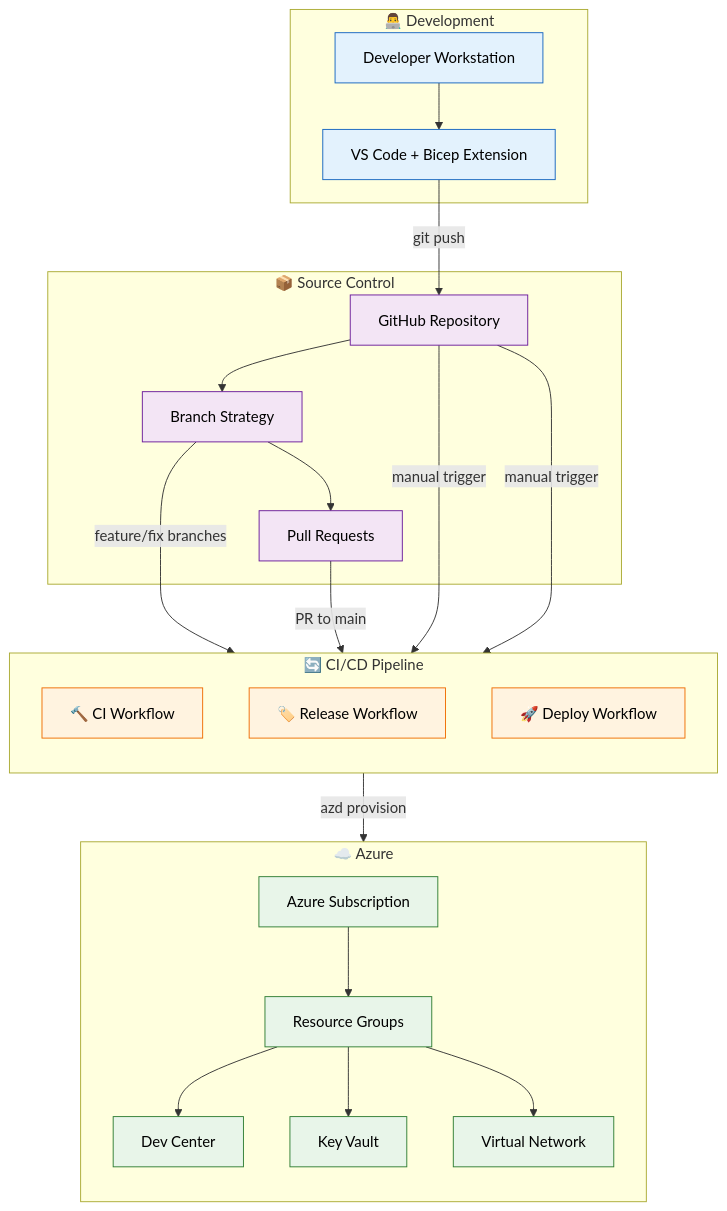
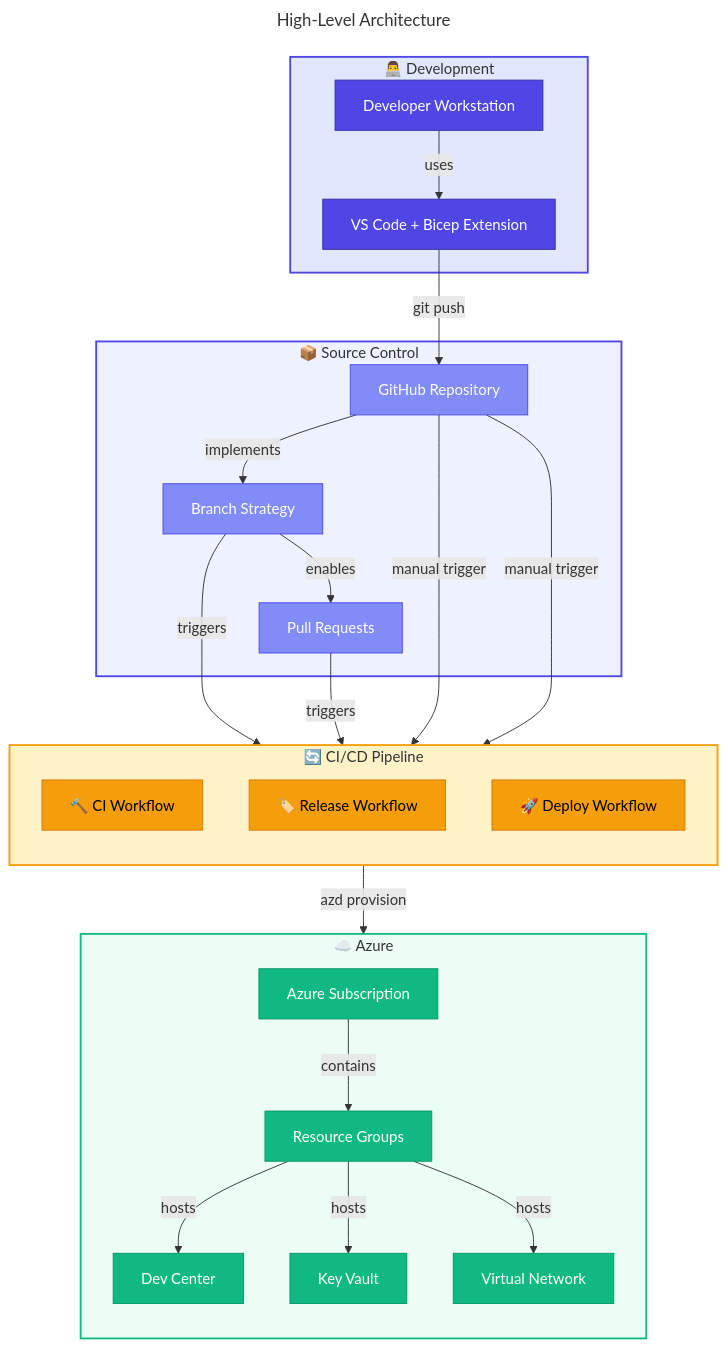
One commit to Evilazaro/DevExp-DevBox changed the first of 7 diagrams in docs/architecture/07-deployment-architecture.md. Above: the diagram before and after it, drawn with Mermaid. The commit also changed other lines of this file, not shown here.

Commit message:
Enhance high-level architecture diagrams in deployment documentation for improved clarity and detail, including refined connections and node styles.

````diff
--- a/docs/architecture/07-deployment-architecture.md
+++ b/docs/architecture/07-deployment-architecture.md
@@ -68,51 +68,68 @@
 ```mermaid
+---
+title: High-Level Architecture
+---
 flowchart TB
-    subgraph "👨‍💻 Development"
+    %% ===== DEVELOPMENT =====
+    subgraph Development["👨‍💻 Development"]
         DEV1["Developer Workstation"]
         DEV2["VS Code + Bicep Extension"]
-        DEV1 --> DEV2
+        DEV1 -->|uses| DEV2
     end
 
-    subgraph "📦 Source Control"
+    %% ===== SOURCE CONTROL =====
+    subgraph SourceControl["📦 Source Control"]
         GH1["GitHub Repository"]
         GH2["Branch Strategy"]
         GH3["Pull Requests"]
-        GH1 --> GH2
-        GH2 --> GH3
+        GH1 -->|implements| GH2
+        GH2 -->|enables| GH3
     end
 
-    subgraph "🔄 CI/CD Pipeline"
+    %% ===== CI/CD PIPELINE =====
+    subgraph CICD["🔄 CI/CD Pipeline"]
         direction TB
         CI["🔨 CI Workflow"]
         RELEASE["🏷️ Release Workflow"]
         DEPLOY["🚀 Deploy Workflow"]
     end
 
-    subgraph "☁️ Azure"
+    %% ===== AZURE =====
+    subgraph Azure["☁️ Azure"]
         direction TB
         SUB["Azure Subscription"]
         RG["Resource Groups"]
         DC["Dev Center"]
         KV["Key Vault"]
         VNET["Virtual Network"]
-        SUB --> RG
-        RG --> DC & KV & VNET
+        SUB -->|contains| RG
+        RG -->|hosts| DC
+        RG -->|hosts| KV
+        RG -->|hosts| VNET
     end
 
-    DEV2 --> |"git push"| GH1
-    GH2 --> |"feature/fix branches"| CI
-    GH3 --> |"PR to main"| CI
-    GH1 --> |"manual trigger"| RELEASE
-    GH1 --> |"manual trigger"| DEPLOY
-    DEPLOY --> |"azd provision"| SUB
+    %% ===== CONNECTIONS =====
+    DEV2 -->|git push| GH1
+    GH2 -->|triggers| CI
+    GH3 -->|triggers| CI
+    GH1 -->|manual trigger| RELEASE
+    GH1 -->|manual trigger| DEPLOY
+    DEPLOY -->|azd provision| SUB
 
-    classDef dev fill:#E3F2FD,stroke:#1565C0,color:#000
-    classDef gh fill:#F3E5F5,stroke:#6A1B9A,color:#000
-    classDef cicd fill:#FFF3E0,stroke:#EF6C00,color:#000
-    classDef azure fill:#E8F5E9,stroke:#2E7D32,color:#000
+    %% ===== NODE STYLES =====
+    classDef primary fill:#4F46E5,stroke:#3730A3,color:#FFFFFF
+    classDef secondary fill:#10B981,stroke:#059669,color:#FFFFFF
+    classDef trigger fill:#818CF8,stroke:#4F46E5,color:#FFFFFF
+    classDef datastore fill:#F59E0B,stroke:#D97706,color:#000000
 
-    class DEV1,DEV2 dev
-    class GH1,GH2,GH3 gh
-    class CI,RELEASE,DEPLOY cicd
-    class SUB,RG,DC,KV,VNET azure
+    class DEV1,DEV2 primary
+    class GH1,GH2,GH3 trigger
+    class CI,RELEASE,DEPLOY datastore
+    class SUB,RG,DC,KV,VNET secondary
+
+    %% ===== SUBGRAPH STYLES =====
+    style Development fill:#E0E7FF,stroke:#4F46E5,stroke-width:2px
+    style SourceControl fill:#EEF2FF,stroke:#4F46E5,stroke-width:2px
+    style CICD fill:#FEF3C7,stroke:#F59E0B,stroke-width:2px
+    style Azure fill:#ECFDF5,stroke:#10B981,stroke-width:2px
 ```
````
